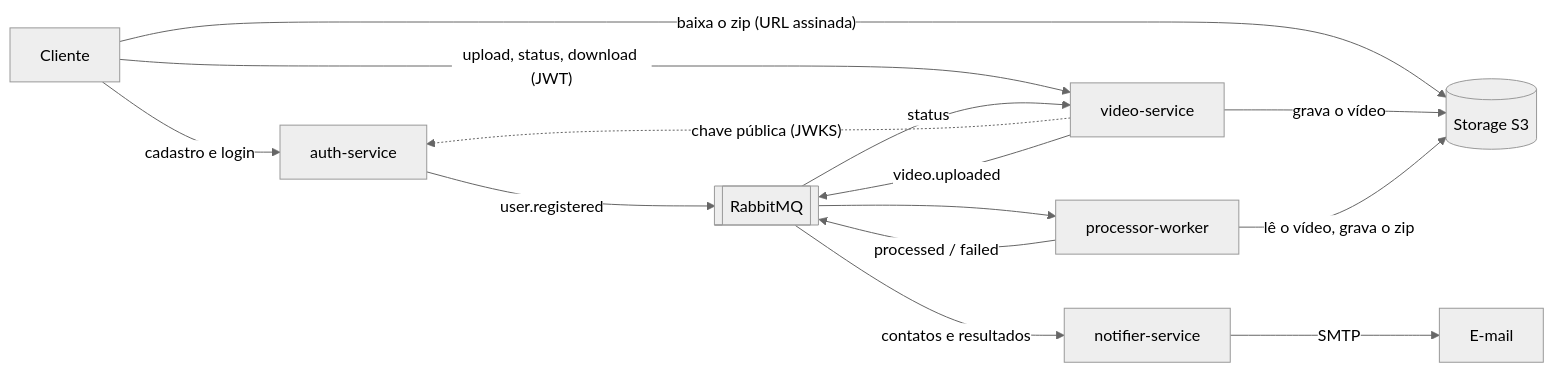
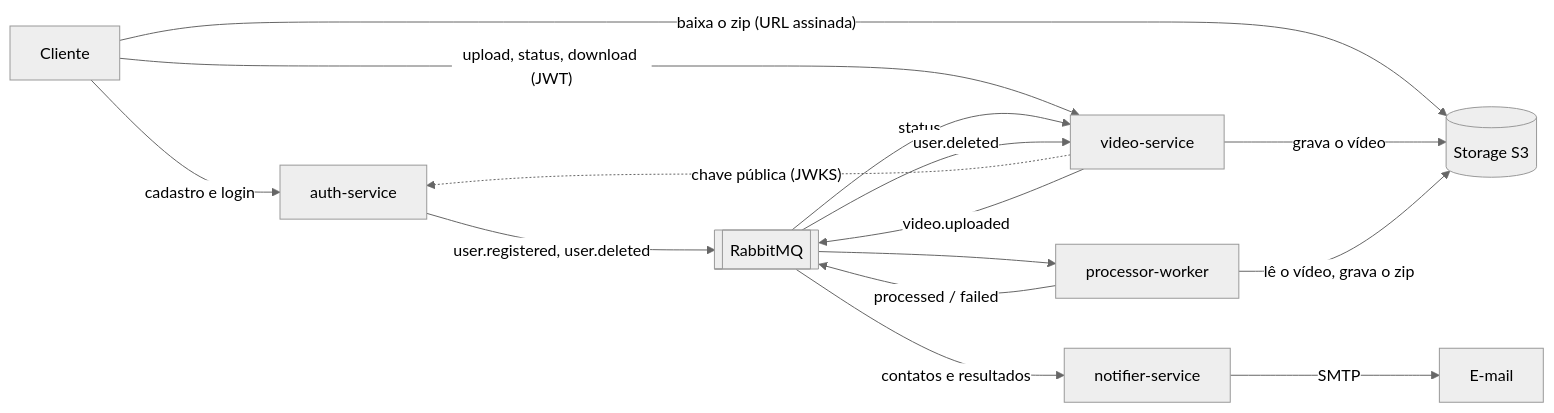
Before and after one commit to knzt/zipframes: the diagram in README.md, drawn with Mermaid (neutral theme). The commit also changed other lines of this file and 9 other files, not shown here.

````diff
--- a/README.md
+++ b/README.md
@@ -33,25 +33,26 @@
 ```mermaid
 flowchart LR
   client[Cliente]
   auth[auth-service]
   video[video-service]
   worker[processor-worker]
   notif[notifier-service]
   storage[(Storage S3)]
   broker[[RabbitMQ]]
   mail[E-mail]
 
   client -- "cadastro e login" --> auth
   client -- "upload, status, download (JWT)" --> video
   video -. "chave pública (JWKS)" .-> auth
   client -- "baixa o zip (URL assinada)" --> storage
   video -- "grava o vídeo" --> storage
   video -- "video.uploaded" --> broker
   broker --> worker
   worker -- "lê o vídeo, grava o zip" --> storage
   worker -- "processed / failed" --> broker
   broker -- "status" --> video
-  auth -- "user.registered" --> broker
+  auth -- "user.registered, user.deleted" --> broker
+  broker -- "user.deleted" --> video
   broker -- "contatos e resultados" --> notif
   notif -- "SMTP" --> mail
 ```
````
